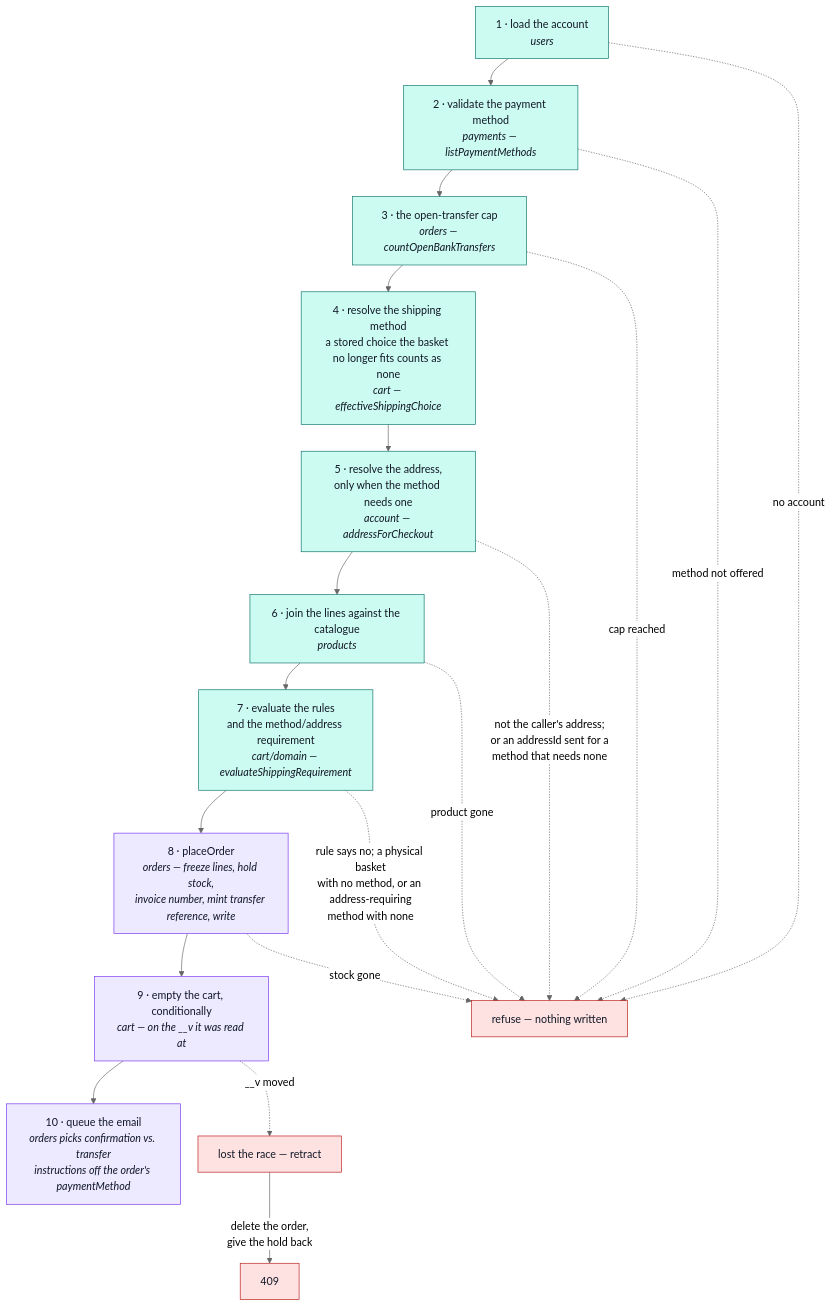
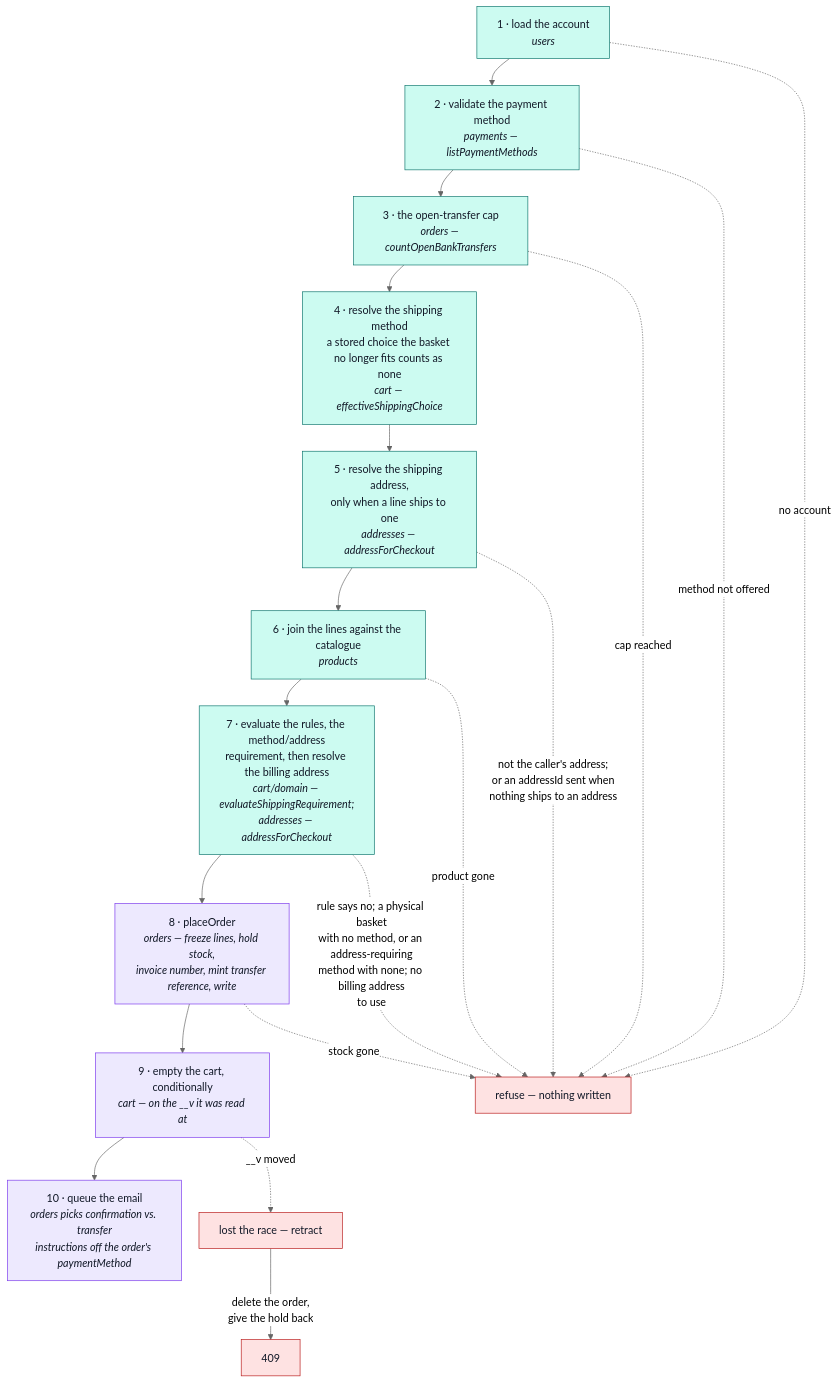
Before and after one commit to Guebbit/boilerplate-node-backend: the diagram in docs/modules/cart-checkout.md, drawn with Mermaid (neutral theme). The commit also changed other lines of this file and 30 other files, not shown here.

First line of the commit message:
feat(cart): every order carries a billing address, and only a shipped one a shipping address

````diff
--- a/docs/modules/cart-checkout.md
+++ b/docs/modules/cart-checkout.md
@@ -25,33 +25,33 @@
 ```mermaid
 %%{init: {'flowchart': {'nodeSpacing': 26, 'rankSpacing': 40}}}%%
 flowchart TD
     A["1 · load the account<br/><i>users</i>"] --> P["2 · validate the payment method<br/><i>payments — listPaymentMethods</i>"]
     P --> Q["3 · the open-transfer cap<br/><i>orders — countOpenBankTransfers</i>"]
     Q --> B["4 · resolve the shipping method<br/>a stored choice the basket no longer fits counts as none<br/><i>cart — effectiveShippingChoice</i>"]
-    B --> C["5 · resolve the address,<br/>only when the method needs one<br/><i>account — addressForCheckout</i>"]
+    B --> C["5 · resolve the shipping address,<br/>only when a line ships to one<br/><i>addresses — addressForCheckout</i>"]
     C --> D["6 · join the lines against the catalogue<br/><i>products</i>"]
-    D --> E["7 · evaluate the rules<br/>and the method/address requirement<br/><i>cart/domain — evaluateShippingRequirement</i>"]
+    D --> E["7 · evaluate the rules, the method/address<br/>requirement, then resolve the billing address<br/><i>cart/domain — evaluateShippingRequirement;<br/>addresses — addressForCheckout</i>"]
     E --> F["8 · placeOrder<br/><i>orders — freeze lines, hold stock,<br/>invoice number, mint transfer reference, write</i>"]
     F --> H["9 · empty the cart, conditionally<br/><i>cart — on the __v it was read at</i>"]
     H --> I["10 · queue the email<br/><i>orders picks confirmation vs. transfer<br/>instructions off the order's paymentMethod</i>"]
 
     R["refuse — nothing written"]
     A -.->|"no account"| R
     P -.->|"method not offered"| R
     Q -.->|"cap reached"| R
-        C -.->|"not the caller's address;<br/>or an addressId sent for a<br/>method that needs none"| R
+        C -.->|"not the caller's address;<br/>or an addressId sent when<br/>nothing ships to an address"| R
     D -.->|"product gone"| R
-    E -.->|"rule says no; a physical basket<br/>with no method, or an address-requiring<br/>method with none"| R
+    E -.->|"rule says no; a physical basket<br/>with no method, or an address-requiring<br/>method with none; no billing address<br/>to use"| R
     F -.->|"stock gone"| R
 
     L["lost the race — retract"]
     H -.->|"__v moved"| L
     L -->|"delete the order,<br/>give the hold back"| M["409"]
 
     classDef read fill:#ccfbf1,stroke:#0f766e,color:#111827;
     classDef write fill:#ede9fe,stroke:#7c3aed,color:#111827;
     classDef bad fill:#fee2e2,stroke:#b91c1c,color:#111827;
     class A,P,Q,B,C,D,E read;
     class F,H,I write;
     class R,L,M bad;
 ```
````
